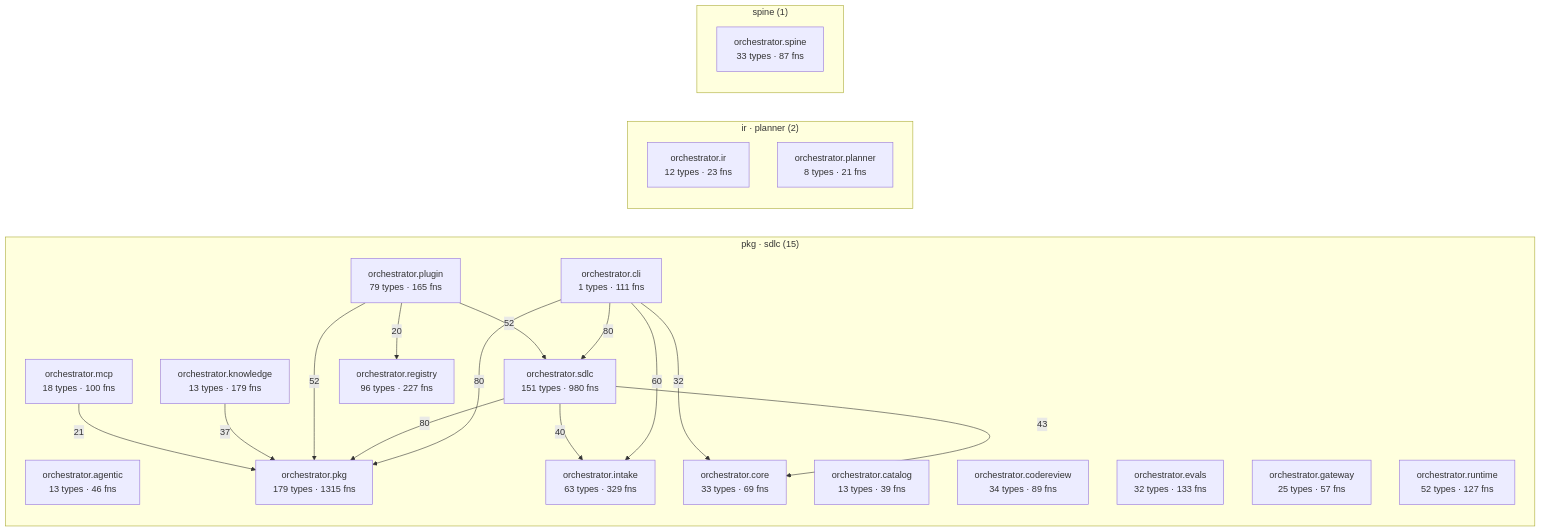
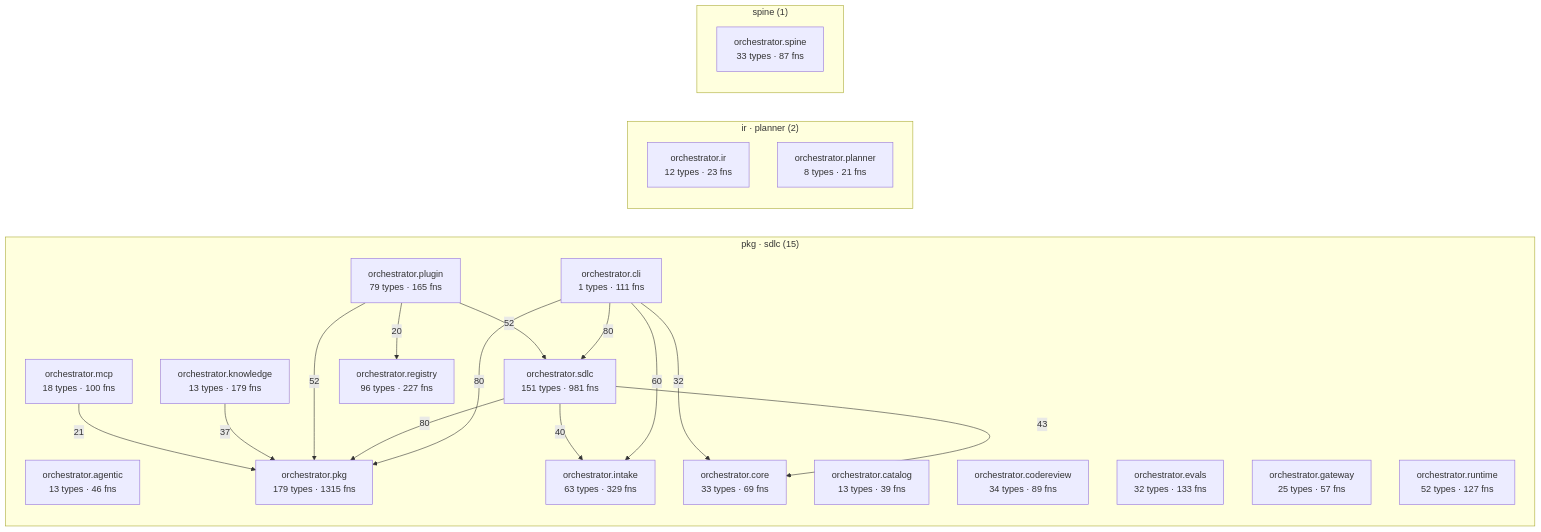
Before and after one commit to synaptixs/spine: the diagram in episteme/architecture.md, drawn with Mermaid. The commit also changed other lines of this file and 14 other files, not shown here.

````diff
--- a/episteme/architecture.md
+++ b/episteme/architecture.md
@@ -56,39 +56,39 @@
 ```mermaid
 flowchart LR
   subgraph c_2["pkg · sdlc (15)"]
     aorchestratoragentic["orchestrator.agentic<br/>13 types · 46 fns"]
     aorchestratorcatalog["orchestrator.catalog<br/>13 types · 39 fns"]
     aorchestratorcli["orchestrator.cli<br/>1 types · 111 fns"]
     aorchestratorcodereview["orchestrator.codereview<br/>34 types · 89 fns"]
     aorchestratorcore["orchestrator.core<br/>33 types · 69 fns"]
     aorchestratorevals["orchestrator.evals<br/>32 types · 133 fns"]
     aorchestratorgateway["orchestrator.gateway<br/>25 types · 57 fns"]
     aorchestratorintake["orchestrator.intake<br/>63 types · 329 fns"]
     aorchestratorknowledge["orchestrator.knowledge<br/>13 types · 179 fns"]
     aorchestratormcp["orchestrator.mcp<br/>18 types · 100 fns"]
     aorchestratorpkg["orchestrator.pkg<br/>179 types · 1315 fns"]
     aorchestratorplugin["orchestrator.plugin<br/>79 types · 165 fns"]
     aorchestratorregistry["orchestrator.registry<br/>96 types · 227 fns"]
     aorchestratorruntime["orchestrator.runtime<br/>52 types · 127 fns"]
-    aorchestratorsdlc["orchestrator.sdlc<br/>151 types · 980 fns"]
+    aorchestratorsdlc["orchestrator.sdlc<br/>151 types · 981 fns"]
   end
   subgraph c_5["ir · planner (2)"]
     aorchestratorir["orchestrator.ir<br/>12 types · 23 fns"]
     aorchestratorplanner["orchestrator.planner<br/>8 types · 21 fns"]
   end
   subgraph c_10["spine (1)"]
     aorchestratorspine["orchestrator.spine<br/>33 types · 87 fns"]
   end
   aorchestratorcli -->|80| aorchestratorpkg
   aorchestratorcli -->|80| aorchestratorsdlc
   aorchestratorsdlc -->|80| aorchestratorpkg
   aorchestratorcli -->|60| aorchestratorintake
   aorchestratorplugin -->|52| aorchestratorpkg
   aorchestratorplugin -->|52| aorchestratorsdlc
   aorchestratorsdlc -->|43| aorchestratorcore
   aorchestratorsdlc -->|40| aorchestratorintake
   aorchestratorknowledge -->|37| aorchestratorpkg
   aorchestratorcli -->|32| aorchestratorcore
   aorchestratormcp -->|21| aorchestratorpkg
   aorchestratorplugin -->|20| aorchestratorregistry
 ```
````
